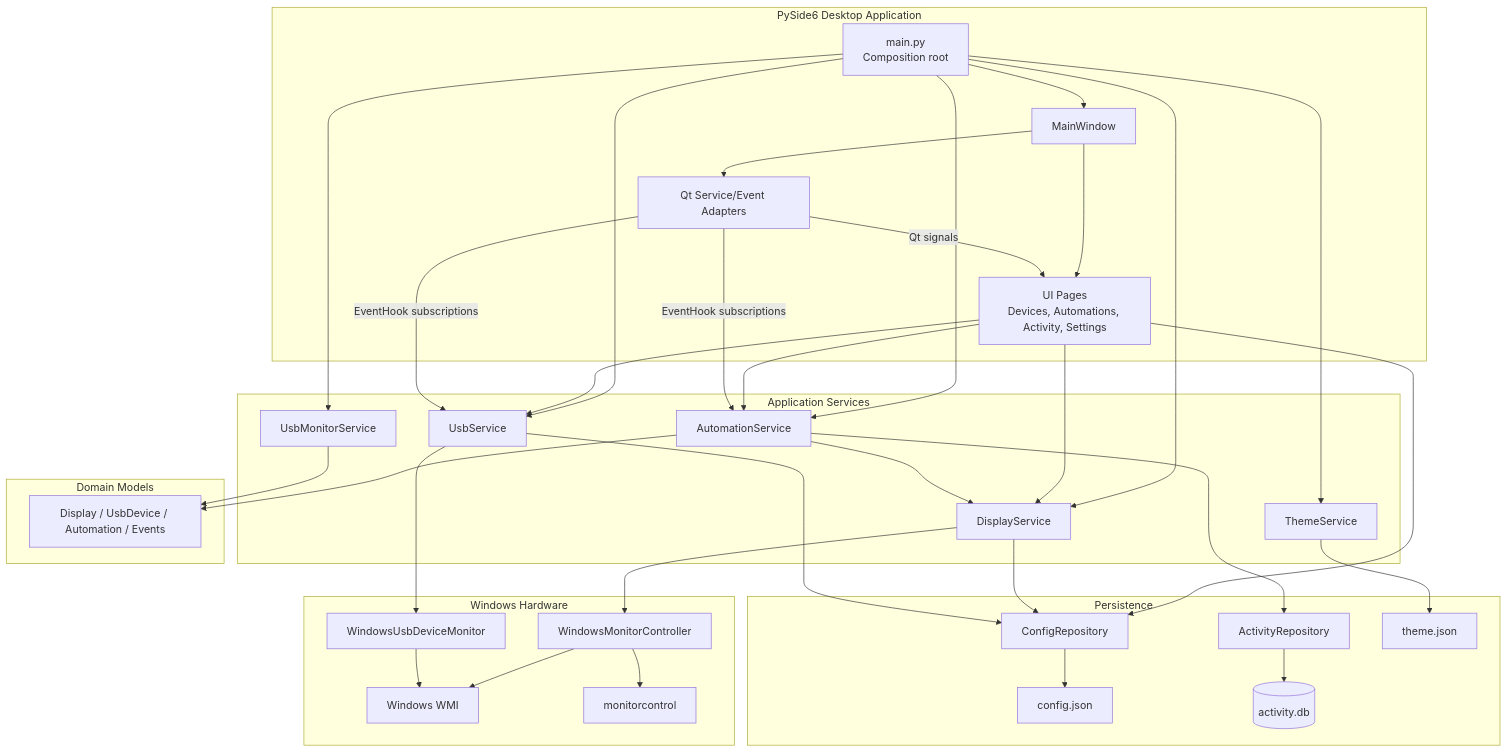
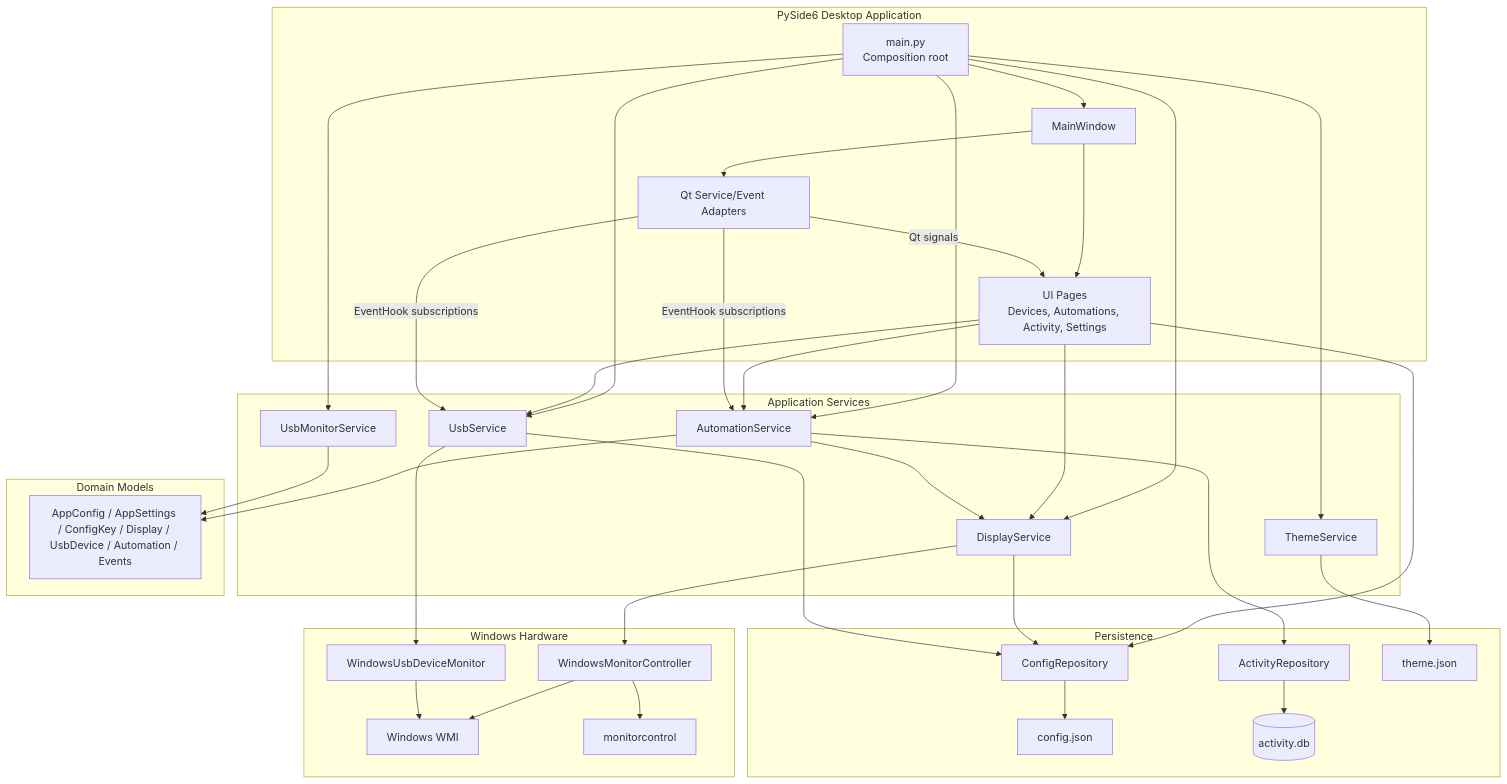
One commit to Gayoon1234/monitor-switcher changed the first of 4 diagrams in docs/technical-implementation.md. Above: the diagram before and after it, drawn with Mermaid. The commit also changed other lines of this file and 13 other files, not shown here.

````diff
--- a/docs/technical-implementation.md
+++ b/docs/technical-implementation.md
@@ -13,71 +13,71 @@
 ```mermaid
 flowchart TB
     subgraph Desktop["PySide6 Desktop Application"]
         Main["main.py<br/>Composition root"]
         Window["MainWindow"]
         Pages["UI Pages<br/>Devices, Automations, Activity, Settings"]
         QtAdapter["Qt Service/Event Adapters"]
     end
 
     subgraph Application["Application Services"]
         DisplayService["DisplayService"]
         UsbService["UsbService"]
         AutomationService["AutomationService"]
         UsbMonitorService["UsbMonitorService"]
         ThemeService["ThemeService"]
     end
 
     subgraph Domain["Domain Models"]
-        Models["Display / UsbDevice / Automation / Events"]
+        Models["AppConfig / AppSettings / ConfigKey / Display / UsbDevice / Automation / Events"]
     end
 
     subgraph Persistence["Persistence"]
         ConfigRepo["ConfigRepository"]
         ActivityRepo["ActivityRepository"]
         Config["config.json"]
         Theme["theme.json"]
         ActivityDB[("activity.db")]
     end
 
     subgraph Hardware["Windows Hardware"]
         MonitorController["WindowsMonitorController"]
         UsbMonitor["WindowsUsbDeviceMonitor"]
         WMI["Windows WMI"]
         MonitorControl["monitorcontrol"]
     end
 
     Main --> Window
     Main --> DisplayService
     Main --> UsbService
     Main --> AutomationService
     Main --> UsbMonitorService
     Main --> ThemeService
 
     Window --> Pages
     Window --> QtAdapter
     Pages --> DisplayService
     Pages --> UsbService
     Pages --> AutomationService
     Pages --> ConfigRepo
 
     QtAdapter -->|"Qt signals"| Pages
     QtAdapter -->|"EventHook subscriptions"| AutomationService
     QtAdapter -->|"EventHook subscriptions"| UsbService
 
     AutomationService --> DisplayService
     AutomationService --> ActivityRepo
     AutomationService --> Models
     UsbMonitorService --> Models
     DisplayService --> ConfigRepo
     DisplayService --> MonitorController
     UsbService --> UsbMonitor
     UsbService --> ConfigRepo
 
     ConfigRepo --> Config
     ThemeService --> Theme
     ActivityRepo --> ActivityDB
 
     MonitorController --> MonitorControl
     MonitorController --> WMI
     UsbMonitor --> WMI
 ```
````
